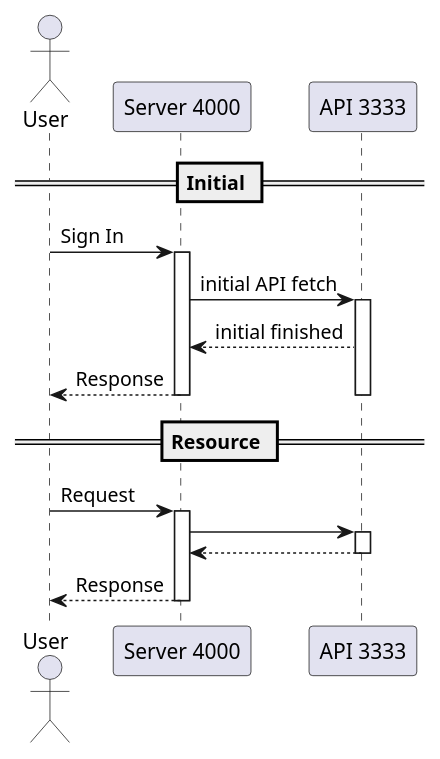
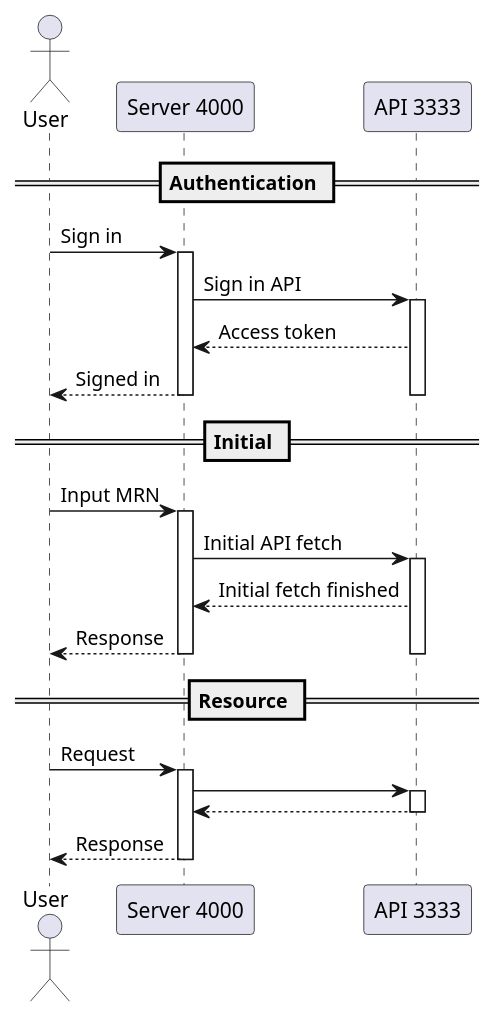
Before and after one commit to TwistTRL/nodejs-twist-api: the diagram in assets/sequence.iuml, drawn with PlantUML. The commit also changed 7 other files, not shown here.

```diff
--- a/assets/sequence.iuml
+++ b/assets/sequence.iuml
@@ -1,27 +1,38 @@
 @startuml sequence
 
 actor User
 
+== Authentication ==
+User -> "Server 4000": Sign in
+activate "Server 4000"
+"Server 4000" -> "API 3333": Sign in API
+activate "API 3333"
+"Server 4000" <-- "API 3333": Access token
+User <-- "Server 4000": Signed in
+deactivate "API 3333"
+deactivate "Server 4000"
+
+
 == Initial ==
 
-User -> "Server 4000": Sign In
+User -> "Server 4000": Input MRN
 activate "Server 4000"
-"Server 4000" -> "API 3333": initial API fetch
+"Server 4000" -> "API 3333": Initial API fetch
 activate "API 3333"
-"Server 4000" <-- "API 3333": initial finished
+"Server 4000" <-- "API 3333": Initial fetch finished
 User <-- "Server 4000": Response
 deactivate "API 3333"
 deactivate "Server 4000"
 
 == Resource ==
 
 User -> "Server 4000": Request
 activate "Server 4000"
 "Server 4000" -> "API 3333":
 activate "API 3333"
 "Server 4000" <-- "API 3333":
 deactivate "API 3333"
 User <-- "Server 4000": Response
 deactivate "Server 4000"
 
 @enduml
```
